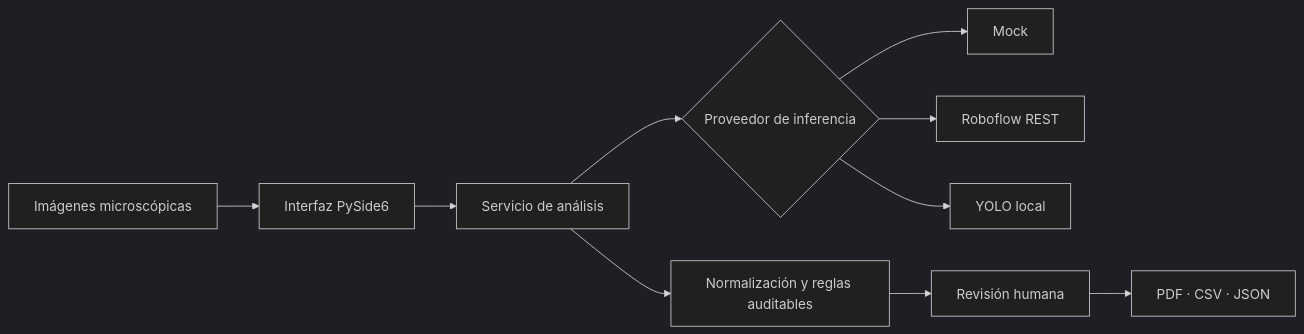
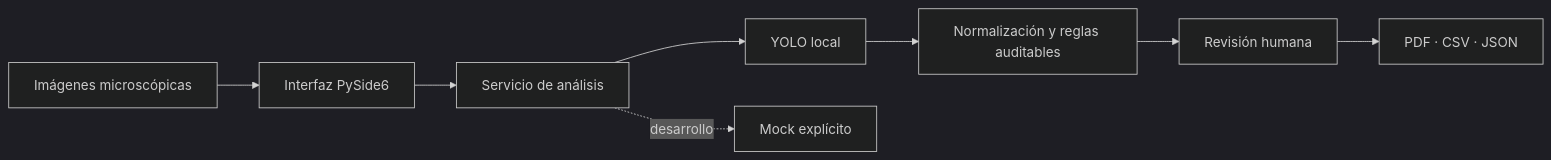
The diagram in README.md (DnsRudy21/VECTOR_UroSight), drawn with Mermaid (dark theme) before and after one commit. The commit also changed other lines of this file and 19 other files, not shown here.

````diff
--- a/README.md
+++ b/README.md
@@ -44,12 +45,10 @@
 ```mermaid
 flowchart LR
     A["Imágenes microscópicas"] --> B["Interfaz PySide6"]
     B --> C["Servicio de análisis"]
-    C --> D{"Proveedor de inferencia"}
-    D --> E["Mock"]
-    D --> F["Roboflow REST"]
-    D --> G["YOLO local"]
-    C --> H["Normalización y reglas auditables"]
+    C --> D["YOLO local"]
+    C -. desarrollo .-> E["Mock explícito"]
+    D --> H["Normalización y reglas auditables"]
     H --> I["Revisión humana"]
     I --> J["PDF · CSV · JSON"]
 ```
````
